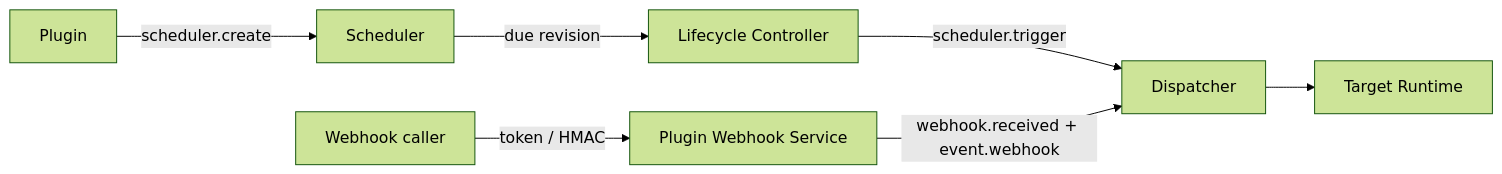
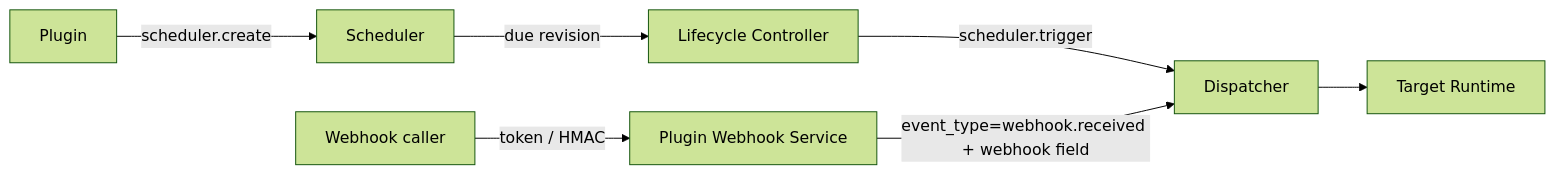
Before and after one commit to RayleaBot/RayleaBot: the second of 2 diagrams in docs/architecture/message-flow.md, drawn with Mermaid (forest theme). The commit also changed other lines of this file and 38 other files, not shown here.

Commit message:
docs: reconcile architecture and operational guidance

````diff
--- a/docs/architecture/message-flow.md
+++ b/docs/architecture/message-flow.md
@@ -78,10 +78,10 @@
 ```mermaid
 flowchart LR
     P["Plugin"] -->|"scheduler.create"| S["Scheduler"]
     S -->|"due revision"| LC["Lifecycle Controller"]
     LC -->|"scheduler.trigger"| D["Dispatcher"]
     D --> R["Target Runtime"]
 
     H["Webhook caller"] -->|"token / HMAC"| WH["Plugin Webhook Service"]
-    WH -->|"webhook.received + event.webhook"| D
+    WH -->|"event_type=webhook.received + webhook field"| D
 ```
````
